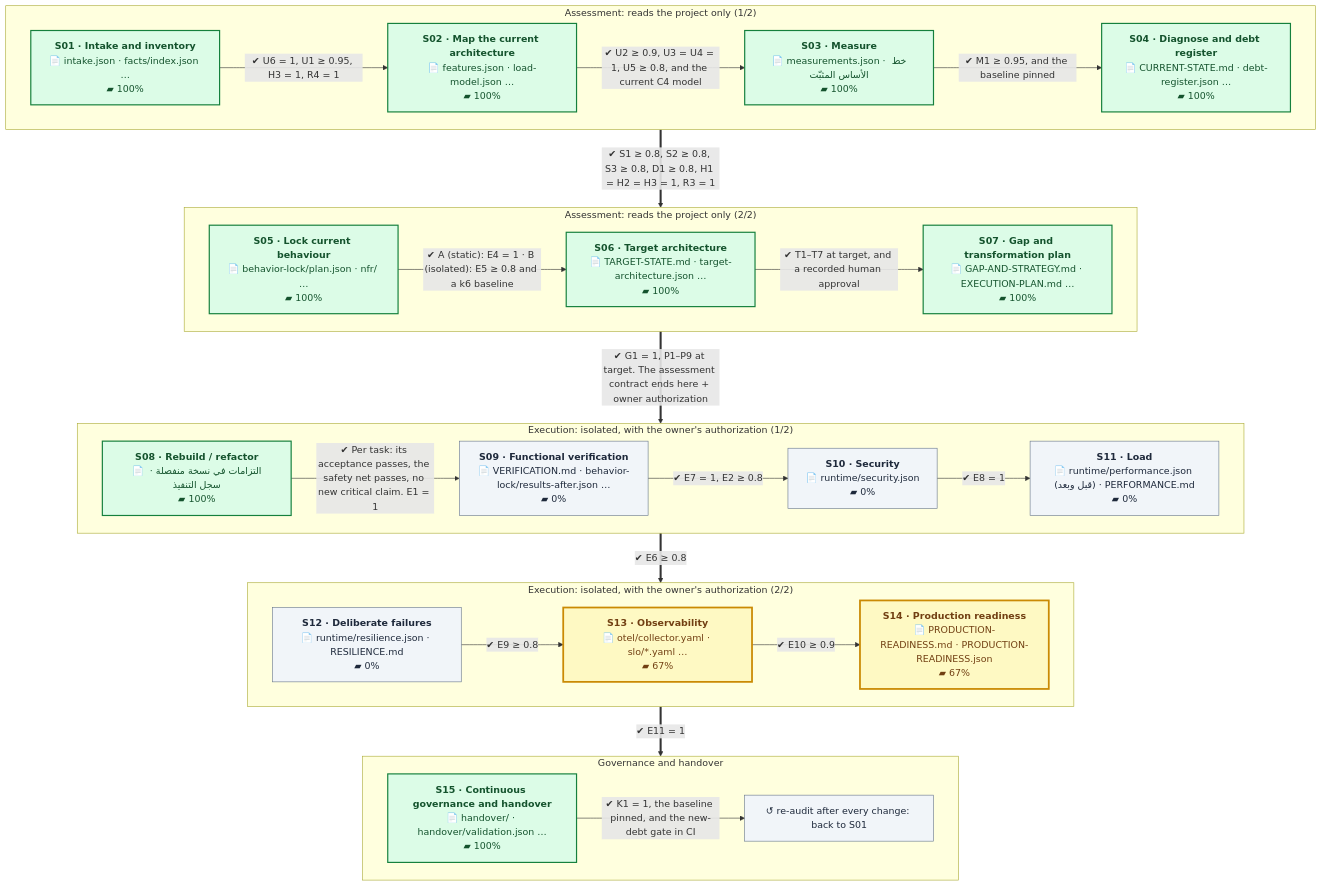
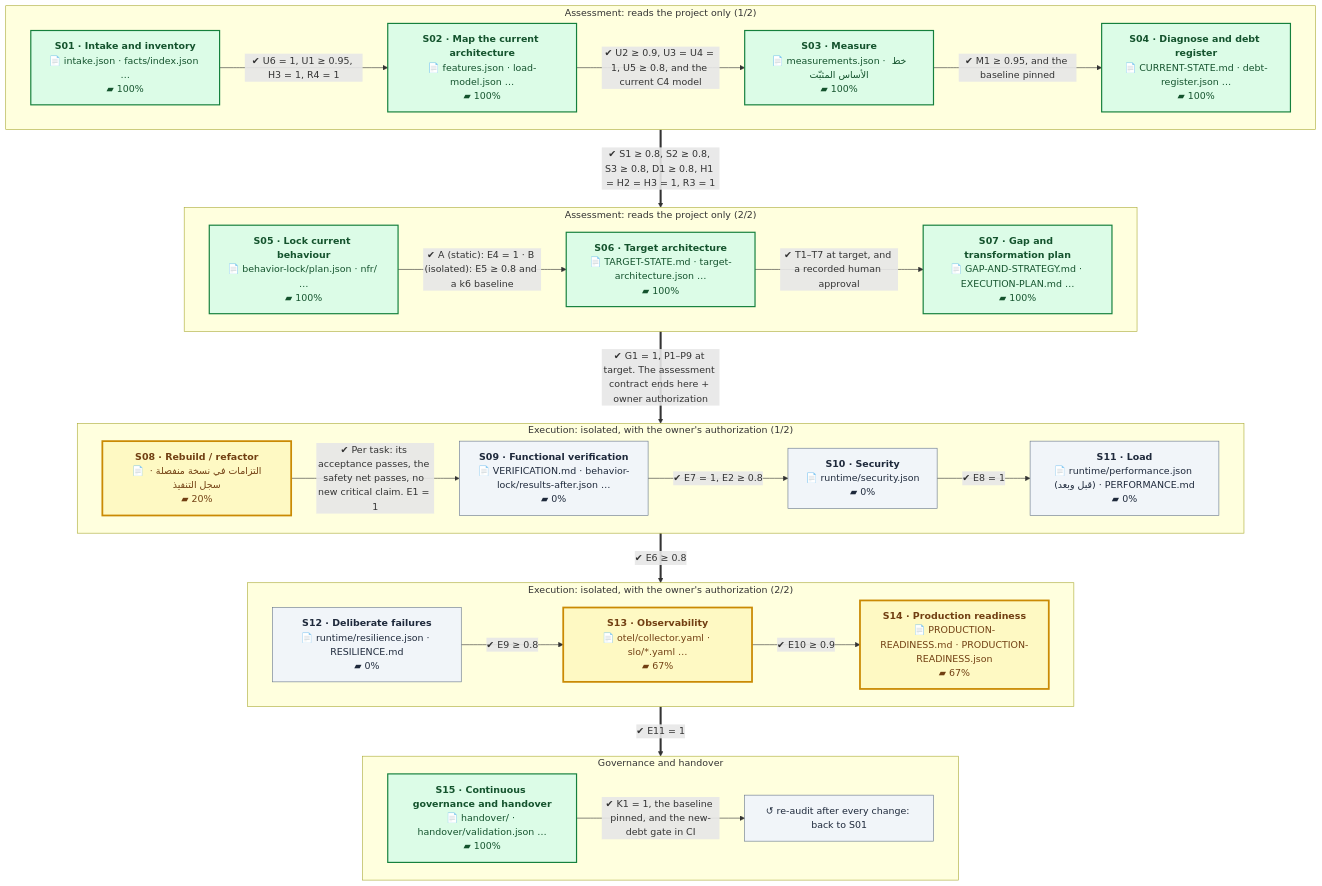
The first of 2 diagrams in README.en.md (eom1417/engineering-audit-os), drawn with Mermaid before and after one commit. The commit also changed other lines of this file and 4 other files, not shown here.

````diff
--- a/README.en.md
+++ b/README.en.md
@@ -52,54 +52,54 @@
 ```mermaid
 %%{init: {'flowchart': {'wrappingWidth': 260, 'nodeSpacing': 40, 'rankSpacing': 60}}}%%
 flowchart TB
     subgraph P1["Assessment: reads the project only (1/2)"]
         direction LR
         S01["<b>S01 · Intake and inventory</b><br/>📄 intake.json · facts/index.json …<br/>▰ 100%"]:::done
         S02["<b>S02 · Map the current architecture</b><br/>📄 features.json · load-model.json …<br/>▰ 100%"]:::done
         S03["<b>S03 · Measure</b><br/>📄 measurements.json · خط الأساس المثبّت<br/>▰ 100%"]:::done
         S04["<b>S04 · Diagnose and debt register</b><br/>📄 CURRENT-STATE.md · debt-register.json …<br/>▰ 100%"]:::done
         S01 -->|"✔ U6 = 1, U1 ≥ 0.95, H3 = 1, R4 = 1"| S02
         S02 -->|"✔ U2 ≥ 0.9, U3 = U4 = 1, U5 ≥ 0.8, and the current C4 model"| S03
         S03 -->|"✔ M1 ≥ 0.95, and the baseline pinned"| S04
     end
     subgraph P2["Assessment: reads the project only (2/2)"]
         direction LR
         S05["<b>S05 · Lock current behaviour</b><br/>📄 behavior-lock/plan.json · nfr/ …<br/>▰ 100%"]:::done
         S06["<b>S06 · Target architecture</b><br/>📄 TARGET-STATE.md · target-architecture.json …<br/>▰ 100%"]:::done
         S07["<b>S07 · Gap and transformation plan</b><br/>📄 GAP-AND-STRATEGY.md · EXECUTION-PLAN.md …<br/>▰ 100%"]:::done
         S05 -->|"✔ A (static): E4 = 1 · B (isolated): E5 ≥ 0.8 and a k6 baseline"| S06
         S06 -->|"✔ T1–T7 at target, and a recorded human approval"| S07
     end
     subgraph P3["Execution: isolated, with the owner's authorization (1/2)"]
         direction LR
-        S08["<b>S08 · Rebuild / refactor</b><br/>📄 التزامات في نسخة منفصلة · سجل التنفيذ<br/>▰ 100%"]:::done
+        S08["<b>S08 · Rebuild / refactor</b><br/>📄 التزامات في نسخة منفصلة · سجل التنفيذ<br/>▰ 20%"]:::current
         S09["<b>S09 · Functional verification</b><br/>📄 VERIFICATION.md · behavior-lock/results-after.json …<br/>▰ 0%"]:::next
         S10["<b>S10 · Security</b><br/>📄 runtime/security.json<br/>▰ 0%"]:::next
         S11["<b>S11 · Load</b><br/>📄 runtime/performance.json (قبل وبعد) · PERFORMANCE.md<br/>▰ 0%"]:::next
         S08 -->|"✔ Per task: its acceptance passes, the safety net passes, no new critical claim. E1 = 1"| S09
         S09 -->|"✔ E7 = 1, E2 ≥ 0.8"| S10
         S10 -->|"✔ E8 = 1"| S11
     end
     subgraph P4["Execution: isolated, with the owner's authorization (2/2)"]
         direction LR
         S12["<b>S12 · Deliberate failures</b><br/>📄 runtime/resilience.json · RESILIENCE.md<br/>▰ 0%"]:::next
         S13["<b>S13 · Observability</b><br/>📄 otel/collector.yaml · slo/*.yaml …<br/>▰ 67%"]:::current
         S14["<b>S14 · Production readiness</b><br/>📄 PRODUCTION-READINESS.md · PRODUCTION-READINESS.json<br/>▰ 67%"]:::current
         S12 -->|"✔ E9 ≥ 0.8"| S13
         S13 -->|"✔ E10 ≥ 0.9"| S14
     end
     subgraph P5["Governance and handover"]
         direction LR
         S15["<b>S15 · Continuous governance and handover</b><br/>📄 handover/ · handover/validation.json …<br/>▰ 100%"]:::done
         LOOP["↺ re-audit after every change: back to S01"]:::next
         S15 -->|"✔ K1 = 1, the baseline pinned, and the new-debt gate in CI"| LOOP
     end
     P1 ==>|"✔ S1 ≥ 0.8, S2 ≥ 0.8, S3 ≥ 0.8, D1 ≥ 0.8, H1 = H2 = H3 = 1, R3 = 1"| P2
     P2 ==>|"✔ G1 = 1, P1–P9 at target. The assessment contract ends here + owner authorization"| P3
     P3 ==>|"✔ E6 ≥ 0.8"| P4
     P4 ==>|"✔ E11 = 1"| P5
     classDef done fill:#dcfce7,stroke:#15803d,color:#14532d,stroke-width:2px
     classDef current fill:#fef9c3,stroke:#ca8a04,color:#713f12,stroke-width:3px
     classDef next fill:#f1f5f9,stroke:#64748b,color:#1e293b
     classDef owner fill:#fee2e2,stroke:#b91c1c,color:#7f1d1d,stroke-dasharray:5 3
 ```
````
